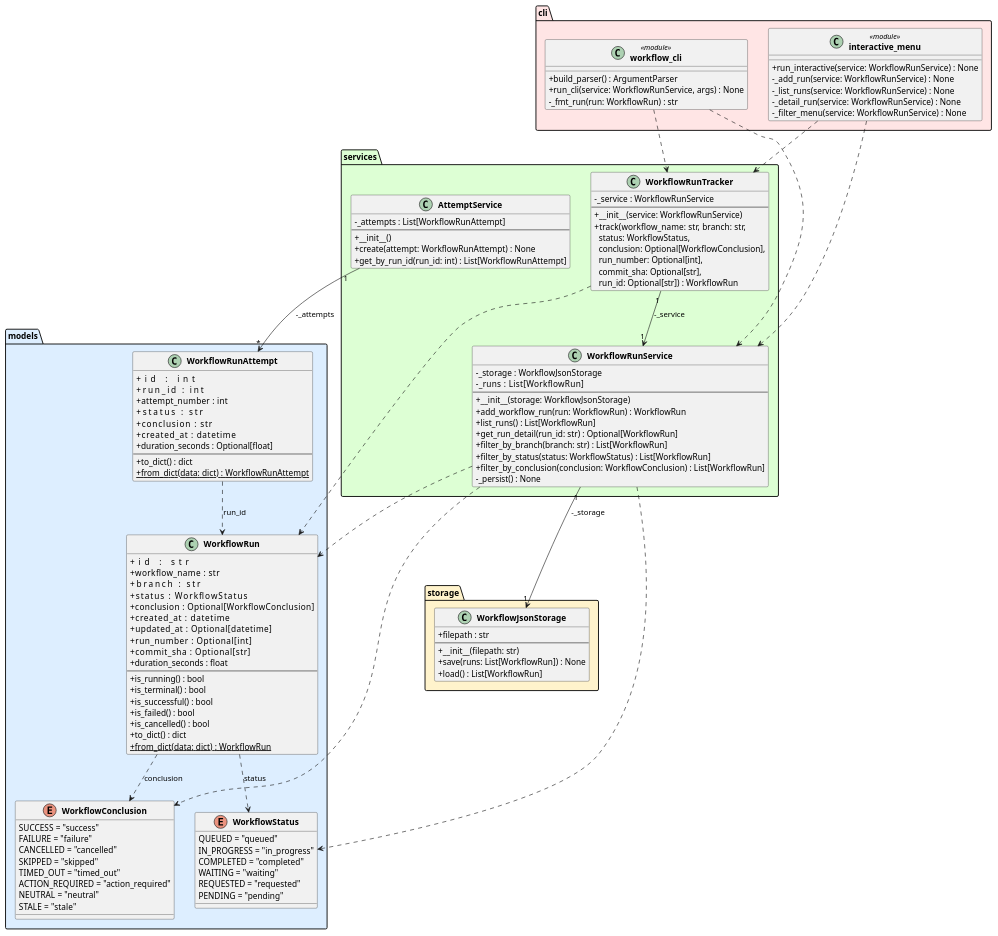
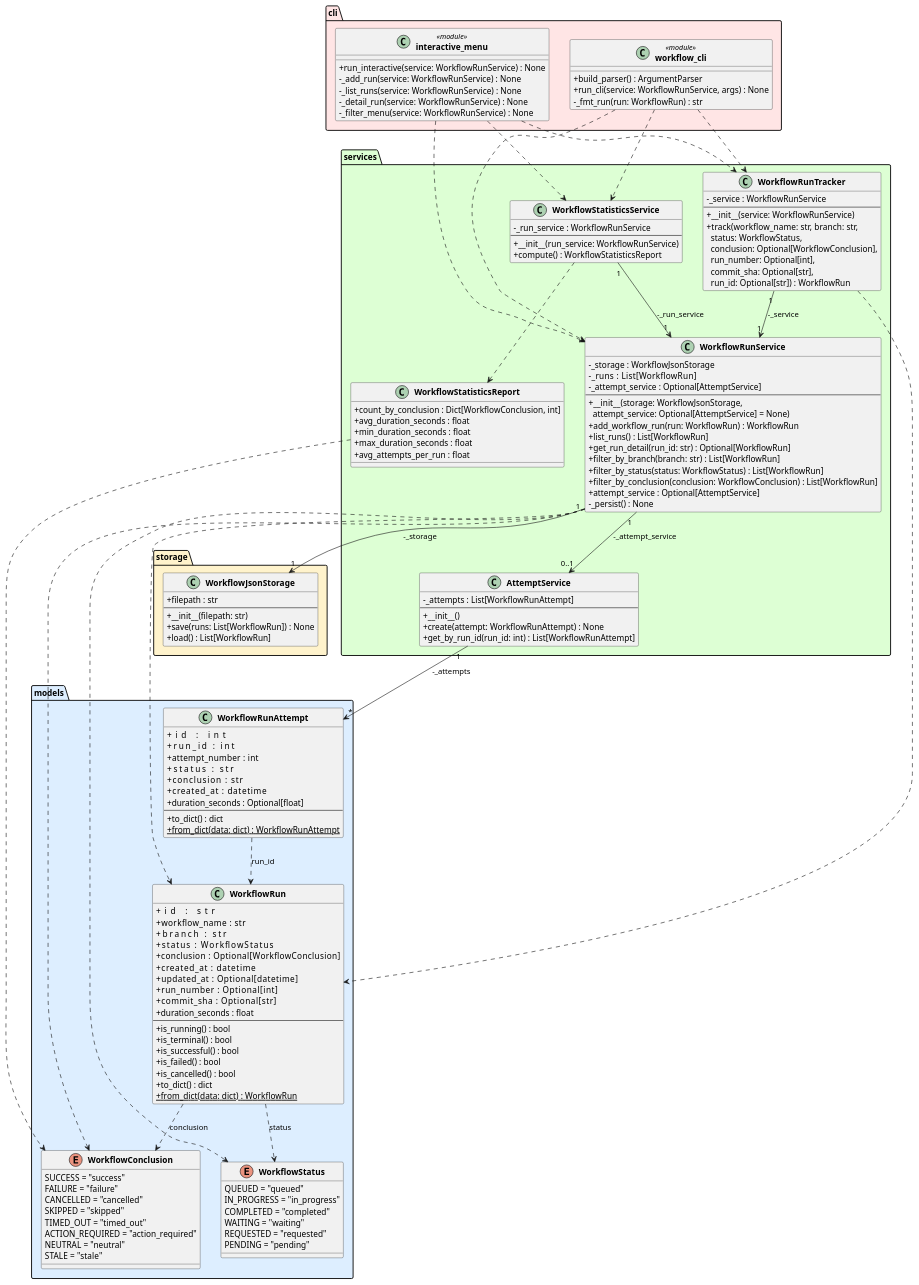
Before and after one commit to DanielRiha8906/Software_autoevolution_using_agents: the diagram in experiments/broadcast/test_driven/github-workflow-manager/artifacts/class_diagram.puml, drawn with PlantUML. The commit also changed 4 other files, not shown here.

First line of the commit message:
docs: Update UML diagrams for Task 06 (WorkflowStatisticsService)

```diff
--- a/experiments/broadcast/test_driven/github-workflow-manager/artifacts/class_diagram.puml
+++ b/experiments/broadcast/test_driven/github-workflow-manager/artifacts/class_diagram.puml
@@ -1,134 +1,157 @@
 @startuml class_diagram
 
 skinparam classAttributeIconSize 0
 skinparam classFontStyle bold
 
 package "models" #DDEEFF {
     enum WorkflowStatus {
         QUEUED = "queued"
         IN_PROGRESS = "in_progress"
         COMPLETED = "completed"
         WAITING = "waiting"
         REQUESTED = "requested"
         PENDING = "pending"
     }
 
     enum WorkflowConclusion {
         SUCCESS = "success"
         FAILURE = "failure"
         CANCELLED = "cancelled"
         SKIPPED = "skipped"
         TIMED_OUT = "timed_out"
         ACTION_REQUIRED = "action_required"
         NEUTRAL = "neutral"
         STALE = "stale"
     }
 
     class WorkflowRun {
         +id               : str
         +workflow_name    : str
         +branch           : str
         +status           : WorkflowStatus
         +conclusion       : Optional[WorkflowConclusion]
         +created_at       : datetime
         +updated_at       : Optional[datetime]
         +run_number       : Optional[int]
         +commit_sha       : Optional[str]
         +duration_seconds : float
         --
         +is_running() : bool
         +is_terminal() : bool
         +is_successful() : bool
         +is_failed() : bool
         +is_cancelled() : bool
         +to_dict() : dict
         +{static} from_dict(data: dict) : WorkflowRun
     }
 
     class WorkflowRunAttempt {
         +id               : int
         +run_id           : int
         +attempt_number   : int
         +status           : str
         +conclusion       : str
         +created_at       : datetime
         +duration_seconds : Optional[float]
         --
         +to_dict() : dict
         +{static} from_dict(data: dict) : WorkflowRunAttempt
     }
 }
 
 package "storage" #FFF3CC {
     class WorkflowJsonStorage {
         +filepath : str
         --
         +__init__(filepath: str)
         +save(runs: List[WorkflowRun]) : None
         +load() : List[WorkflowRun]
     }
 }
 
 package "services" #DDFFD4 {
     class WorkflowRunService {
         -_storage : WorkflowJsonStorage
         -_runs    : List[WorkflowRun]
+        -_attempt_service : Optional[AttemptService]
         --
-        +__init__(storage: WorkflowJsonStorage)
+        +__init__(storage: WorkflowJsonStorage,\n  attempt_service: Optional[AttemptService] = None)
         +add_workflow_run(run: WorkflowRun) : WorkflowRun
         +list_runs() : List[WorkflowRun]
         +get_run_detail(run_id: str) : Optional[WorkflowRun]
         +filter_by_branch(branch: str) : List[WorkflowRun]
         +filter_by_status(status: WorkflowStatus) : List[WorkflowRun]
         +filter_by_conclusion(conclusion: WorkflowConclusion) : List[WorkflowRun]
+        +attempt_service : Optional[AttemptService]
         -_persist() : None
     }
 
     class WorkflowRunTracker {
         -_service : WorkflowRunService
         --
         +__init__(service: WorkflowRunService)
         +track(workflow_name: str, branch: str,\n  status: WorkflowStatus,\n  conclusion: Optional[WorkflowConclusion],\n  run_number: Optional[int],\n  commit_sha: Optional[str],\n  run_id: Optional[str]) : WorkflowRun
     }
 
     class AttemptService {
         -_attempts : List[WorkflowRunAttempt]
         --
         +__init__()
         +create(attempt: WorkflowRunAttempt) : None
         +get_by_run_id(run_id: int) : List[WorkflowRunAttempt]
+    }
+
+    class WorkflowStatisticsReport {
+        +count_by_conclusion : Dict[WorkflowConclusion, int]
+        +avg_duration_seconds : float
+        +min_duration_seconds : float
+        +max_duration_seconds : float
+        +avg_attempts_per_run : float
+    }
+
+    class WorkflowStatisticsService {
+        -_run_service : WorkflowRunService
+        --
+        +__init__(run_service: WorkflowRunService)
+        +compute() : WorkflowStatisticsReport
     }
 }
 
 package "cli" #FFE5E5 {
     class "workflow_cli" <<module>> {
         +build_parser() : ArgumentParser
         +run_cli(service: WorkflowRunService, args) : None
         -_fmt_run(run: WorkflowRun) : str
     }
 
     class "interactive_menu" <<module>> {
         +run_interactive(service: WorkflowRunService) : None
         -_add_run(service: WorkflowRunService) : None
         -_list_runs(service: WorkflowRunService) : None
         -_detail_run(service: WorkflowRunService) : None
         -_filter_menu(service: WorkflowRunService) : None
     }
 }
 
 WorkflowRun                ..>  WorkflowStatus        : status
 WorkflowRun                ..>  WorkflowConclusion    : conclusion
 WorkflowRunAttempt         ..>  WorkflowRun           : run_id
 WorkflowRunService    "1" --> "1" WorkflowJsonStorage : -_storage
+WorkflowRunService    "1" --> "0..1" AttemptService   : -_attempt_service
 WorkflowRunService         ..>  WorkflowRun
 WorkflowRunService         ..>  WorkflowStatus
 WorkflowRunService         ..>  WorkflowConclusion
 WorkflowRunTracker    "1" --> "1" WorkflowRunService  : -_service
 WorkflowRunTracker         ..>  WorkflowRun
 AttemptService       "1" --> "*" WorkflowRunAttempt   : -_attempts
+WorkflowStatisticsService "1" --> "1" WorkflowRunService : -_run_service
+WorkflowStatisticsService  ..>  WorkflowStatisticsReport
+WorkflowStatisticsReport   ..>  WorkflowConclusion
 "workflow_cli"             ..>  WorkflowRunService
 "workflow_cli"             ..>  WorkflowRunTracker
+"workflow_cli"             ..>  WorkflowStatisticsService
 "interactive_menu"         ..>  WorkflowRunService
 "interactive_menu"         ..>  WorkflowRunTracker
+"interactive_menu"         ..>  WorkflowStatisticsService
 
 @enduml
```
